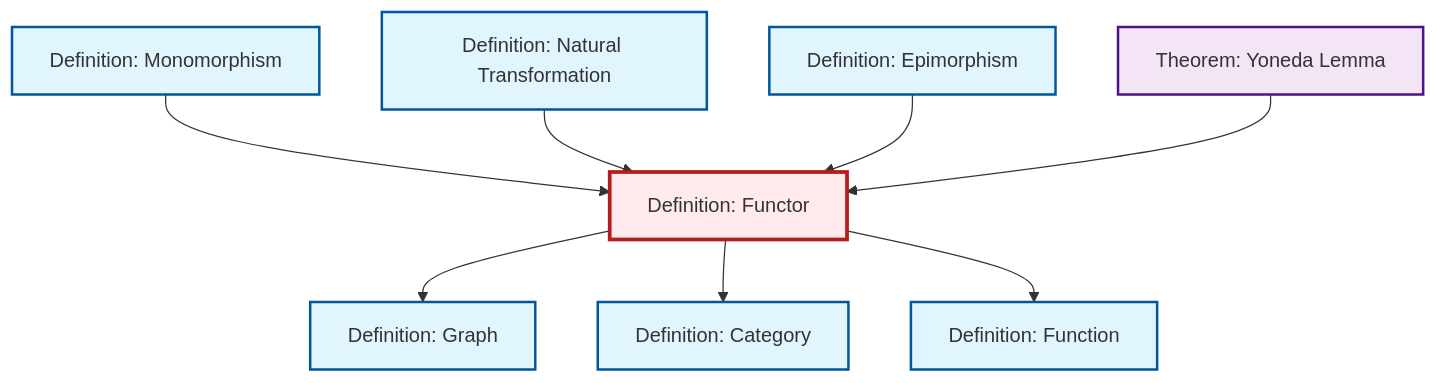
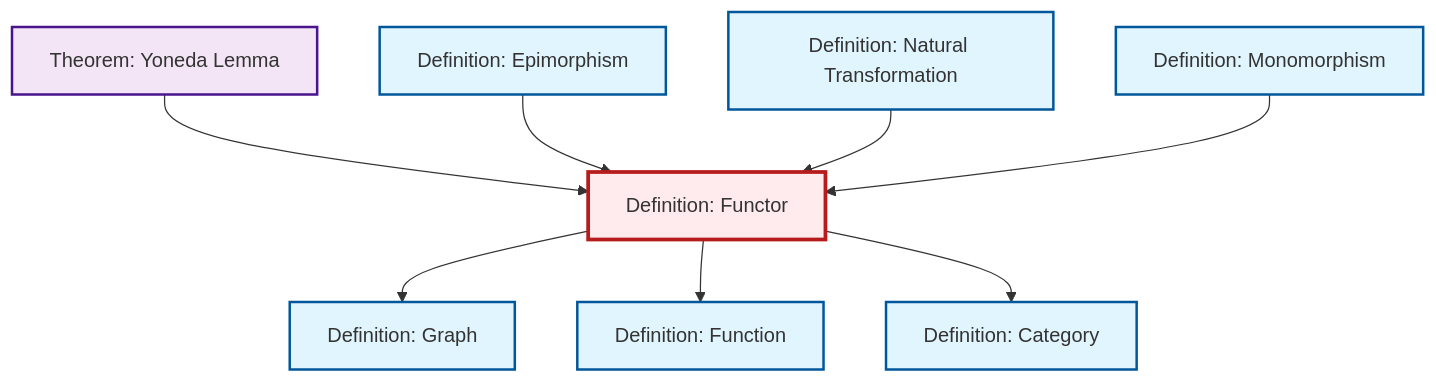
The diagram in content/ja/category-theory/def-functor.qmd (RK0429/ModernMath), drawn with Mermaid before and after one commit. The commit also changed other lines of this file and 634 other files, not shown here.

````diff
--- a/content/ja/category-theory/def-functor.qmd
+++ b/content/ja/category-theory/def-functor.qmd
@@ -51,32 +51,32 @@
 ```{mermaid}
 %%| fig-cap: "Local dependency graph"
 graph TD
     classDef definition fill:#e1f5fe,stroke:#01579b,stroke-width:2px
     classDef theorem fill:#f3e5f5,stroke:#4a148c,stroke-width:2px
     classDef axiom fill:#fff3e0,stroke:#e65100,stroke-width:2px
     classDef example fill:#e8f5e9,stroke:#1b5e20,stroke-width:2px
     classDef current fill:#ffebee,stroke:#b71c1c,stroke-width:3px
-    def-functor["Definition: Functor"]:::definition
-    def-monomorphism["Definition: Monomorphism"]:::definition
+    def-category["Definition: Category"]:::definition
+    def-natural-transformation["Definition: Natural Transformation"]:::definition
     def-epimorphism["Definition: Epimorphism"]:::definition
     thm-yoneda["Theorem: Yoneda Lemma"]:::theorem
-    def-natural-transformation["Definition: Natural Transformation"]:::definition
+    def-monomorphism["Definition: Monomorphism"]:::definition
     def-function["Definition: Function"]:::definition
     def-graph["Definition: Graph"]:::definition
-    def-category["Definition: Category"]:::definition
-    def-monomorphism --> def-functor
+    def-functor["Definition: Functor"]:::definition
+    thm-yoneda --> def-functor
+    def-epimorphism --> def-functor
     def-natural-transformation --> def-functor
     def-functor --> def-graph
+    def-functor --> def-function
+    def-monomorphism --> def-functor
     def-functor --> def-category
-    def-epimorphism --> def-functor
-    def-functor --> def-function
-    thm-yoneda --> def-functor
     class def-functor current
-    click def-monomorphism "def-monomorphism.html" "Definition: Monomorphismへ"
+    click def-category "def-category.html" "Definition: Categoryへ"
+    click def-natural-transformation "def-natural-transformation.html" "Definition: Natural Transformationへ"
     click def-epimorphism "def-epimorphism.html" "Definition: Epimorphismへ"
     click thm-yoneda "thm-yoneda.html" "Theorem: Yoneda Lemmaへ"
-    click def-natural-transformation "def-natural-transformation.html" "Definition: Natural Transformationへ"
+    click def-monomorphism "def-monomorphism.html" "Definition: Monomorphismへ"
     click def-function "def-function.html" "Definition: Functionへ"
     click def-graph "def-graph.html" "Definition: Graphへ"
-    click def-category "def-category.html" "Definition: Categoryへ"
 ```
````
